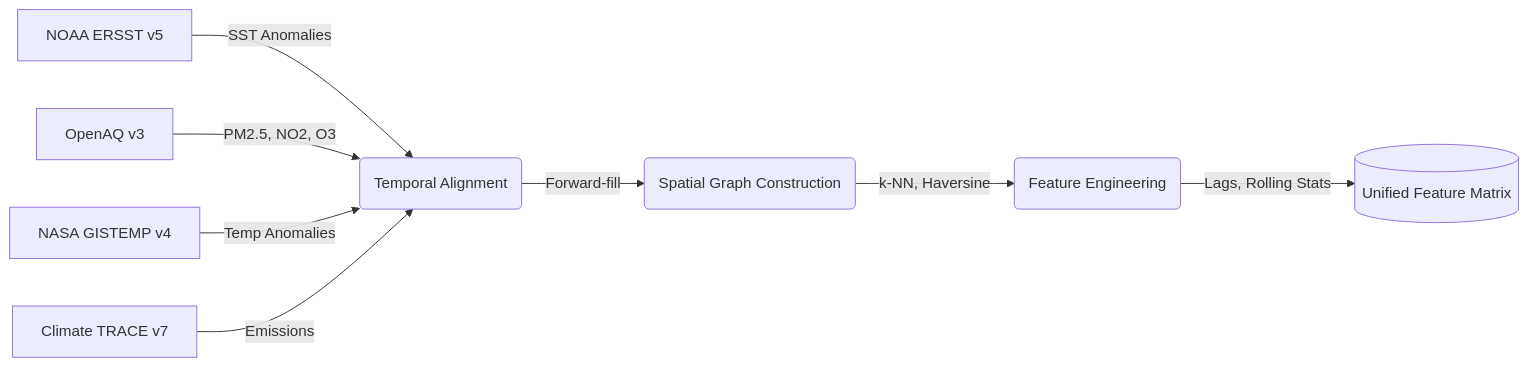
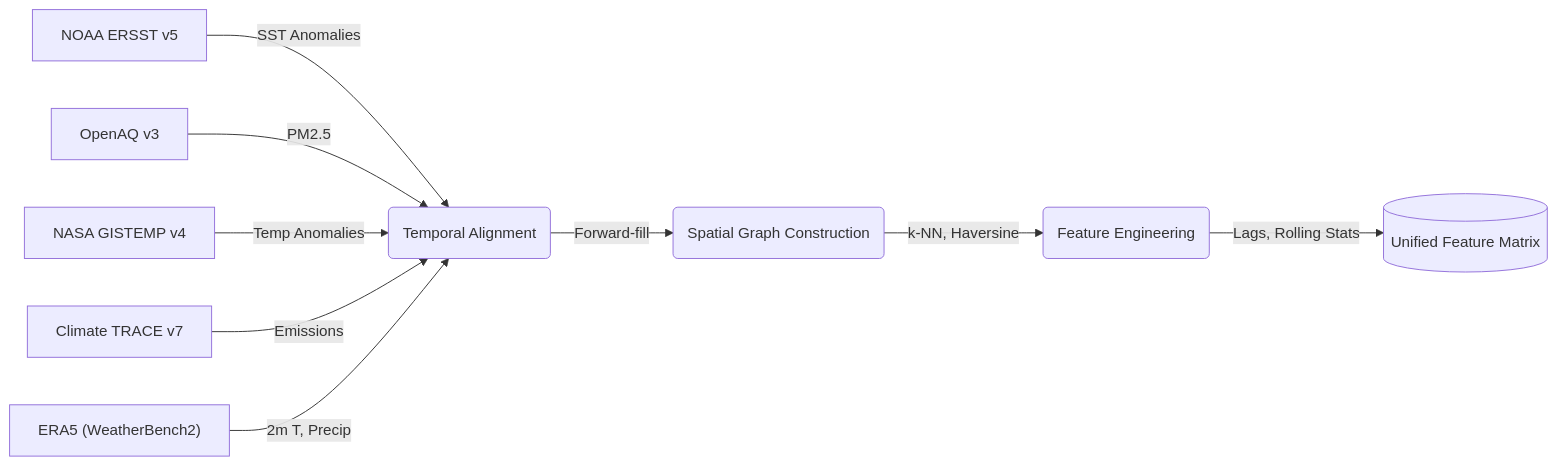
One commit to aditripaul/climate_pulse changed the first of 2 diagrams in docs/research_paper/research_paper.md. Above: the diagram before and after it, drawn with Mermaid. The commit also changed other lines of this file and 1 other file, not shown here.

````diff
--- a/docs/research_paper/research_paper.md
+++ b/docs/research_paper/research_paper.md
@@ -111,11 +112,12 @@
 ```mermaid
 flowchart LR
     A["NOAA ERSST v5"] -->|"SST Anomalies"| E("Temporal Alignment")
-    B["OpenAQ v3"] -->|"PM2.5, NO2, O3"| E
+    B["OpenAQ v3"] -->|"PM2.5"| E
     C["NASA GISTEMP v4"] -->|"Temp Anomalies"| E
     D["Climate TRACE v7"] -->|"Emissions"| E
+    ERA["ERA5 (WeatherBench2)"] -->|"2m T, Precip"| E
 
     E -->|"Forward-fill"| F("Spatial Graph Construction")
     F -->|"k-NN, Haversine"| G("Feature Engineering")
     G -->|"Lags, Rolling Stats"| H[("Unified Feature Matrix")]
 ```
````
